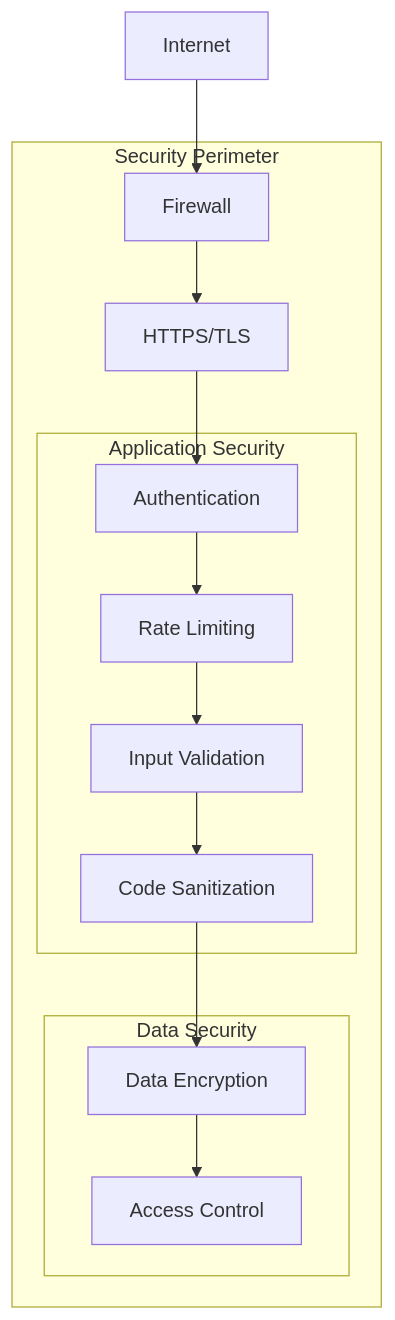
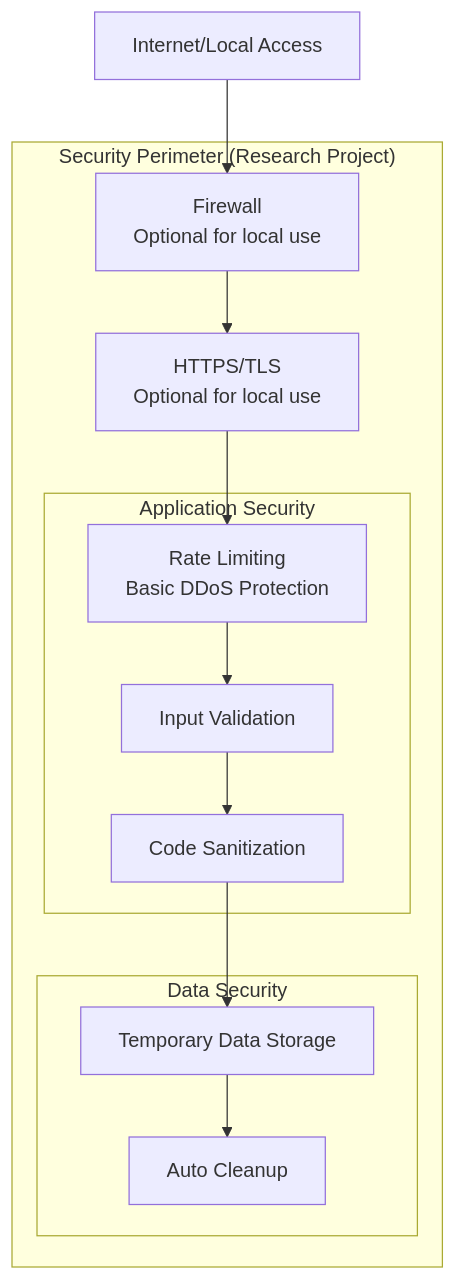
Before and after one commit to bibekgupta3333/code-smell: the seventh of 8 diagrams in docs/architecture/SYSTEM_ARCHITECTURE.md, drawn with Mermaid. The commit also changed other lines of this file and 1 other file, not shown here.

````diff
--- a/docs/architecture/SYSTEM_ARCHITECTURE.md
+++ b/docs/architecture/SYSTEM_ARCHITECTURE.md
@@ -571,30 +569,28 @@
 ```mermaid
 graph TB
-    Internet[Internet]
+    Internet[Internet/Local Access]
     
-    subgraph "Security Perimeter"
-        FW[Firewall]
-        HTTPS[HTTPS/TLS]
+    subgraph "Security Perimeter (Research Project)"
+        FW[Firewall<br/>Optional for local use]
+        HTTPS[HTTPS/TLS<br/>Optional for local use]
         
         subgraph "Application Security"
-            Auth[Authentication]
-            RateLimit[Rate Limiting]
+            RateLimit[Rate Limiting<br/>Basic DDoS Protection]
             InputVal[Input Validation]
             Sanitize[Code Sanitization]
         end
         
         subgraph "Data Security"
-            Encrypt[Data Encryption]
-            AccessCtrl[Access Control]
+            TempData[Temporary Data Storage]
+            Cleanup[Auto Cleanup]
         end
     end
     
     Internet --> FW
     FW --> HTTPS
-    HTTPS --> Auth
-    Auth --> RateLimit
+    HTTPS --> RateLimit
     RateLimit --> InputVal
     InputVal --> Sanitize
-    Sanitize --> Encrypt
-    Encrypt --> AccessCtrl
+    Sanitize --> TempData
+    TempData --> Cleanup
 ```
````
